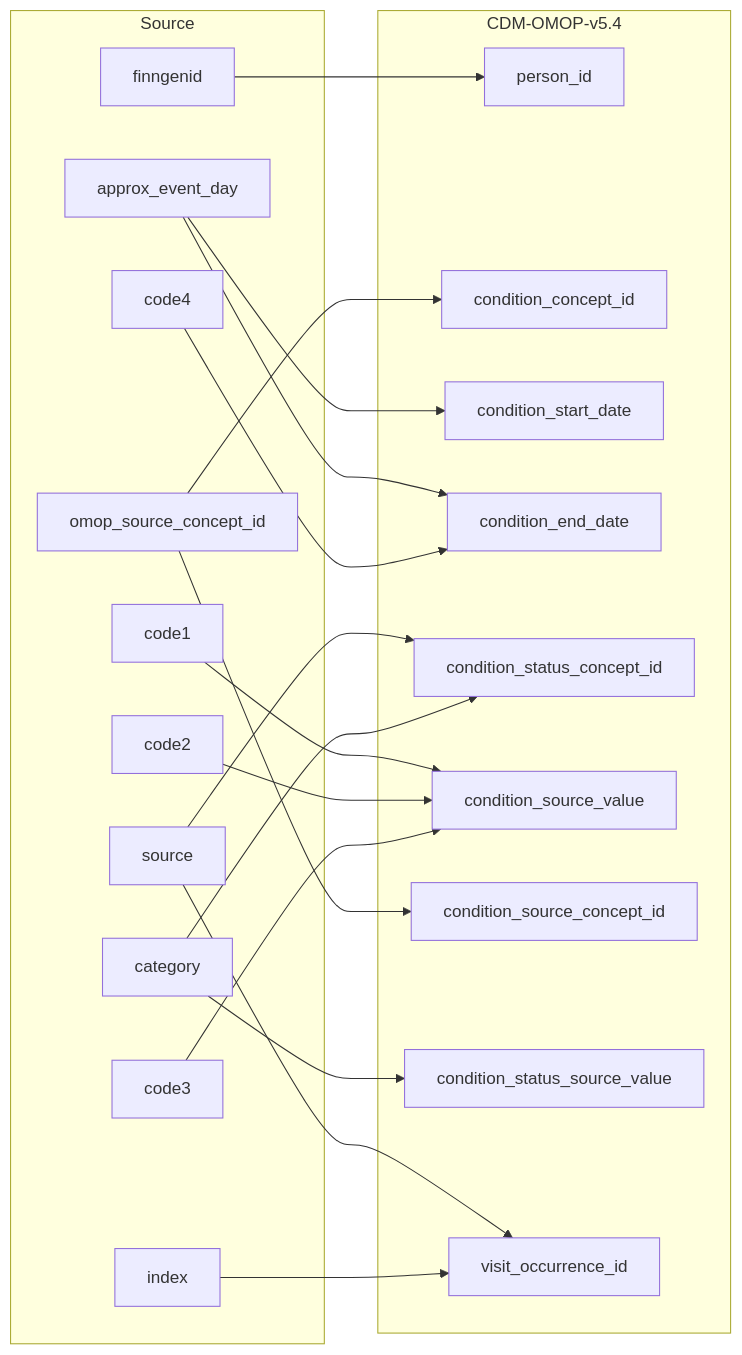
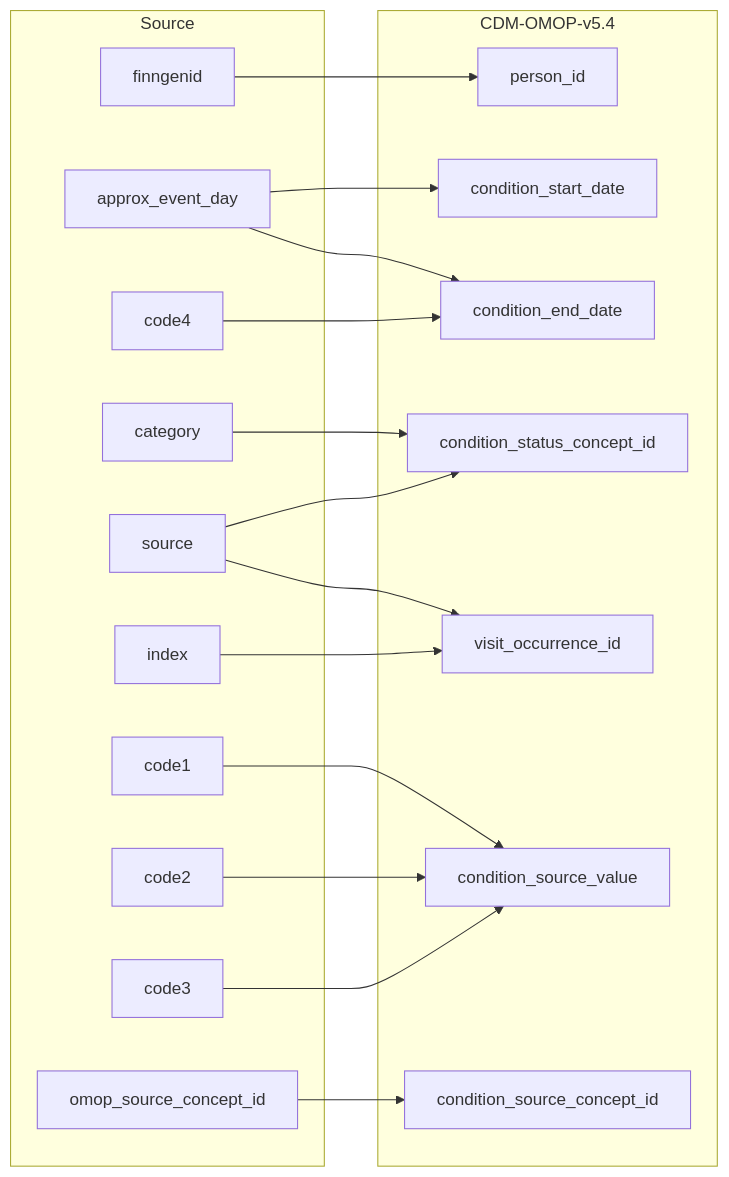
The diagram in 2_etl_specifications/documentation/condition_occurrence.md (FINNGEN/ETL), drawn with Mermaid before and after one commit. The commit also changed other lines of this file and 10 other files, not shown here.

````diff
--- a/2_etl_specifications/documentation/condition_occurrence.md
+++ b/2_etl_specifications/documentation/condition_occurrence.md
@@ -5,42 +5,41 @@
 ```mermaid
 flowchart LR
     subgraph Source
         finngenid
         source
         approx_event_day
         code1
         code2
         code3
         code4
         category
         index
         omop_source_concept_id
     end
 
     subgraph CDM-OMOP-v5.4
         person_id
-        condition_concept_id
         condition_start_date
         condition_end_date
         condition_status_concept_id
+        visit_occurrence_id
         condition_source_value
         condition_source_concept_id
-        condition_status_source_value
-        visit_occurrence_id
+        
     end
 
     finngenid-->person_id
-    omop_source_concept_id-->condition_concept_id
     approx_event_day-->condition_start_date
     approx_event_day-->condition_end_date
     code4-->condition_end_date
+    category-->condition_status_concept_id
     source-->condition_status_concept_id
-    category-->condition_status_concept_id
+    source-->visit_occurrence_id
+    index-->visit_occurrence_id
     code1-->condition_source_value
     code2-->condition_source_value
     code3-->condition_source_value
-    source-->visit_occurrence_id
-    index-->visit_occurrence_id
+    
+
     omop_source_concept_id-->condition_source_concept_id
-    category-->condition_status_source_value
 ```
````
